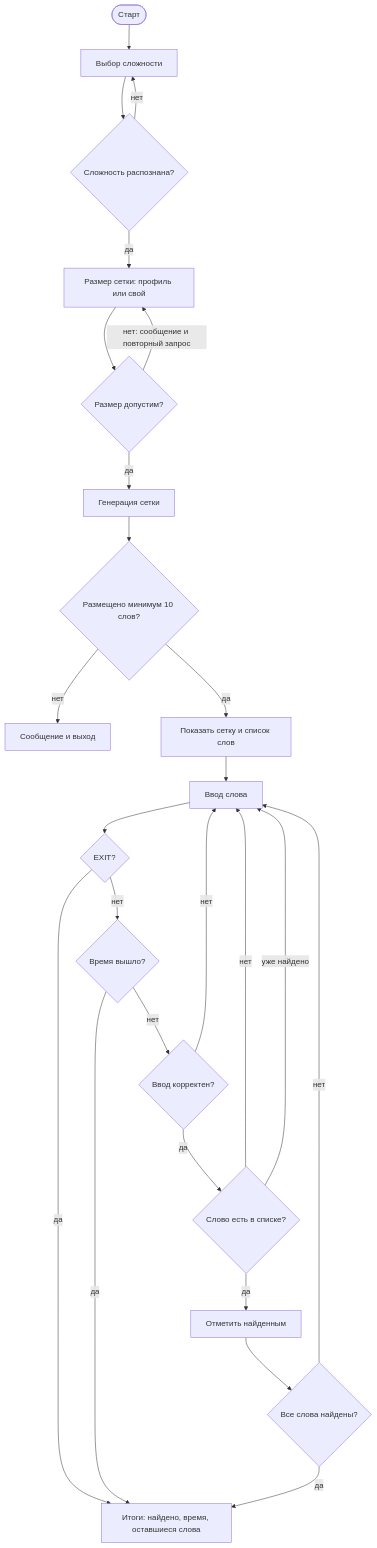
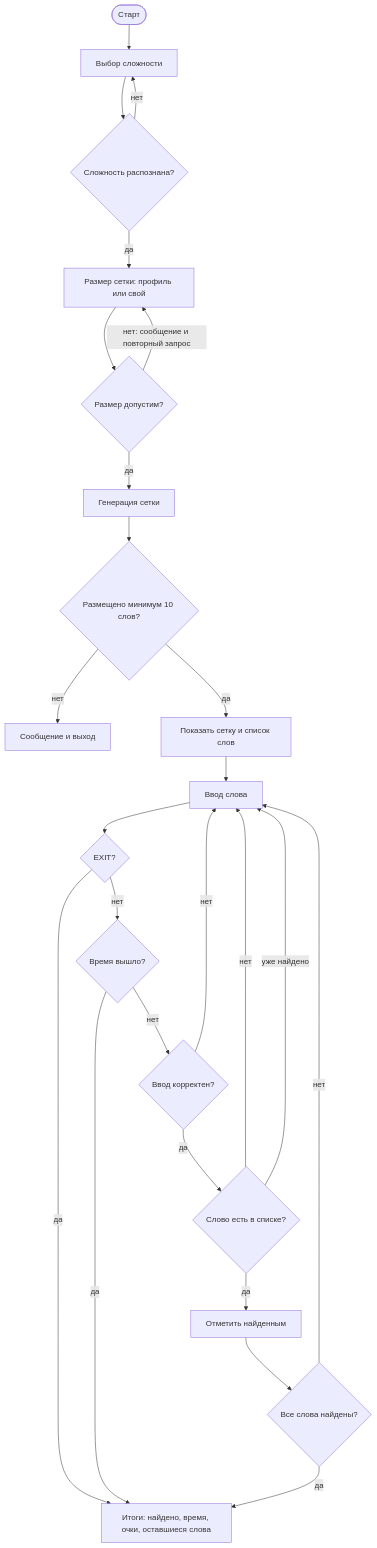
The second of 4 diagrams in zaeso-Words-Roadmap.md (zaeso/zaeso-Words), drawn with Mermaid before and after one commit. The commit also changed other lines of this file and 11 other files, not shown here.

````diff
--- a/zaeso-Words-Roadmap.md
+++ b/zaeso-Words-Roadmap.md
@@ -143,27 +149,27 @@
 ```mermaid
 flowchart TD
     S(["Старт"]) --> D["Выбор сложности"]
     D --> DV{"Сложность распознана?"}
     DV -->|"нет"| D
     DV -->|"да"| SZ["Размер сетки: профиль или свой"]
     SZ --> V{"Размер допустим?"}
     V -->|"нет: сообщение и повторный запрос"| SZ
     V -->|"да"| GEN["Генерация сетки"]
     GEN --> MIN{"Размещено минимум 10 слов?"}
     MIN -->|"нет"| FAIL["Сообщение и выход"]
     MIN -->|"да"| SHOW["Показать сетку и список слов"]
     SHOW --> INPUT["Ввод слова"]
     INPUT --> EXIT{"EXIT?"}
     EXIT -->|"да"| RESULT
     EXIT -->|"нет"| TIME{"Время вышло?"}
     TIME -->|"да"| RESULT
     TIME -->|"нет"| VALID{"Ввод корректен?"}
     VALID -->|"нет"| INPUT
     VALID -->|"да"| CHECK{"Слово есть в списке?"}
     CHECK -->|"нет"| INPUT
     CHECK -->|"уже найдено"| INPUT
     CHECK -->|"да"| MARK["Отметить найденным"]
     MARK --> DONE{"Все слова найдены?"}
     DONE -->|"нет"| INPUT
-    DONE -->|"да"| RESULT["Итоги: найдено, время, оставшиеся слова"]
+    DONE -->|"да"| RESULT["Итоги: найдено, время, очки, оставшиеся слова"]
 ```
````
